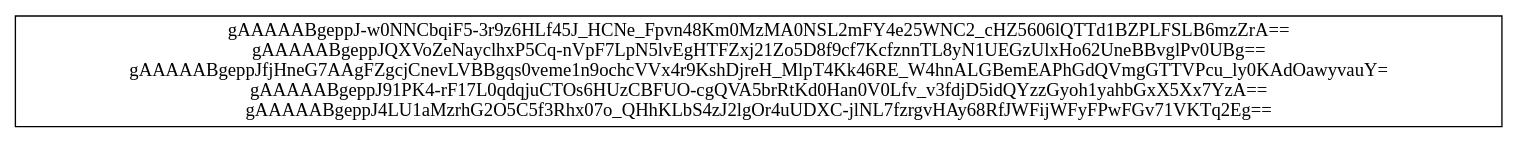
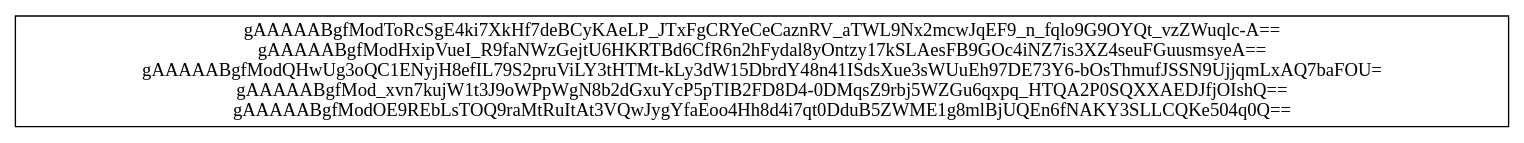
One commit to Villa01/EDD_VirtualMall_201900907 changed the diagram in Backend/reportesDot/ArbolBEncriptado.dot. Above: the diagram before and after it, drawn with Graphviz. The commit also changed 23 other files, not shown here.

```diff
--- a/Backend/reportesDot/ArbolBEncriptado.dot
+++ b/Backend/reportesDot/ArbolBEncriptado.dot
@@ -1,5 +1,5 @@
 digraph grafo { 
 	node[shape="record"]
-nodo1234567890101[label = "gAAAAABgeppJ-w0NNCbqiF5-3r9z6HLf45J_HCNe_Fpvn48Km0MzMA0NSL2mFY4e25WNC2_cHZ5606lQTTd1BZPLFSLB6mzZrA==\ngAAAAABgeppJQXVoZeNayclhxP5Cq-nVpF7LpN5lvEgHTFZxj21Zo5D8f9cf7KcfznnTL8yN1UEGzUlxHo62UneBBvglPv0UBg==\ngAAAAABgeppJfjHneG7AAgFZgcjCnevLVBBgqs0veme1n9ochcVVx4r9KshDjreH_MlpT4Kk46RE_W4hnALGBemEAPhGdQVmgGTTVPcu_ly0KAdOawyvauY=\ngAAAAABgeppJ91PK4-rF17L0qdqjuCTOs6HUzCBFUO-cgQVA5brRtKd0Han0V0Lfv_v3fdjD5idQYzzGyoh1yahbGxX5Xx7YzA==\ngAAAAABgeppJ4LU1aMzrhG2O5C5f3Rhx07o_QHhKLbS4zJ2lgOr4uUDXC-jlNL7fzrgvHAy68RfJWFijWFyFPwFGv71VKTq2Eg=="];
+nodo1234567890101[label = "gAAAAABgfModToRcSgE4ki7XkHf7deBCyKAeLP_JTxFgCRYeCeCaznRV_aTWL9Nx2mcwJqEF9_n_fqlo9G9OYQt_vzZWuqlc-A==\ngAAAAABgfModHxipVueI_R9faNWzGejtU6HKRTBd6CfR6n2hFydal8yOntzy17kSLAesFB9GOc4iNZ7is3XZ4seuFGuusmsyeA==\ngAAAAABgfModQHwUg3oQC1ENyjH8efIL79S2pruViLY3tHTMt-kLy3dW15DbrdY48n41ISdsXue3sWUuEh97DE73Y6-bOsThmufJSSN9UjjqmLxAQ7baFOU=\ngAAAAABgfMod_xvn7kujW1t3J9oWPpWgN8b2dGxuYcP5pTIB2FD8D4-0DMqsZ9rbj5WZGu6qxpq_HTQA2P0SQXXAEDJfjOIshQ==\ngAAAAABgfModOE9REbLsTOQ9raMtRuItAt3VQwJygYfaEoo4Hh8d4i7qt0DduB5ZWME1g8mlBjUQEn6fNAKY3SLLCQKe504q0Q=="];
 
 }
```
